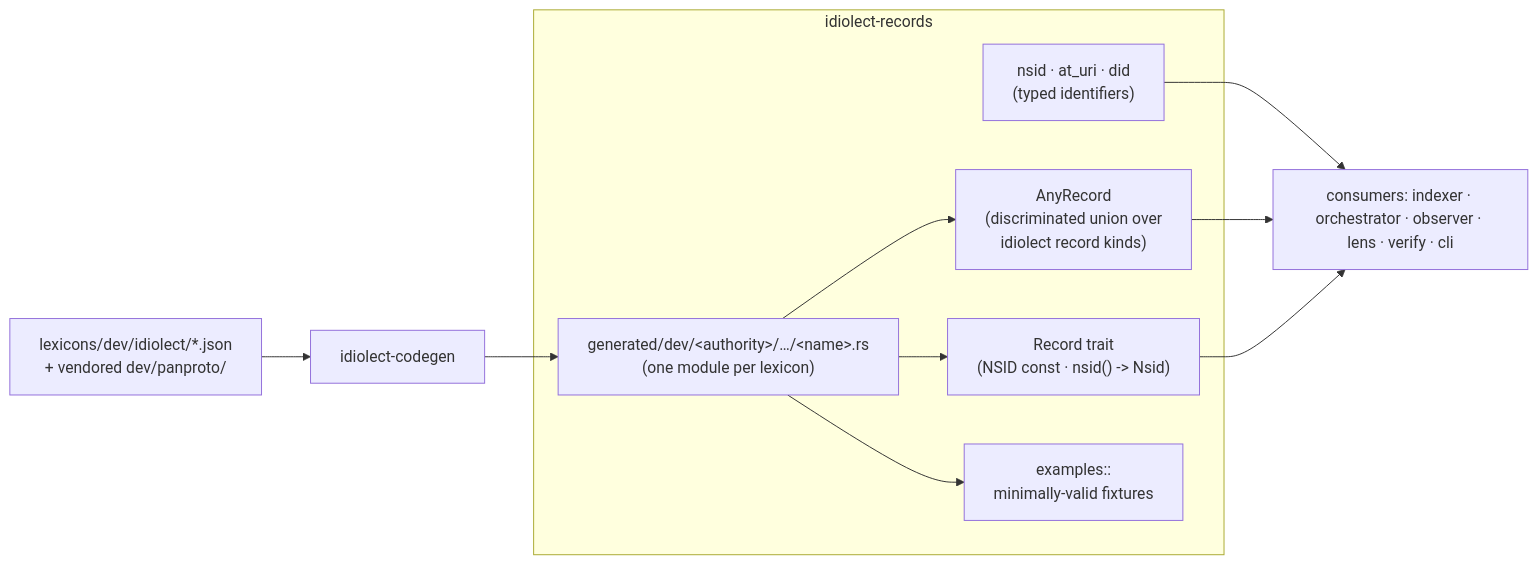
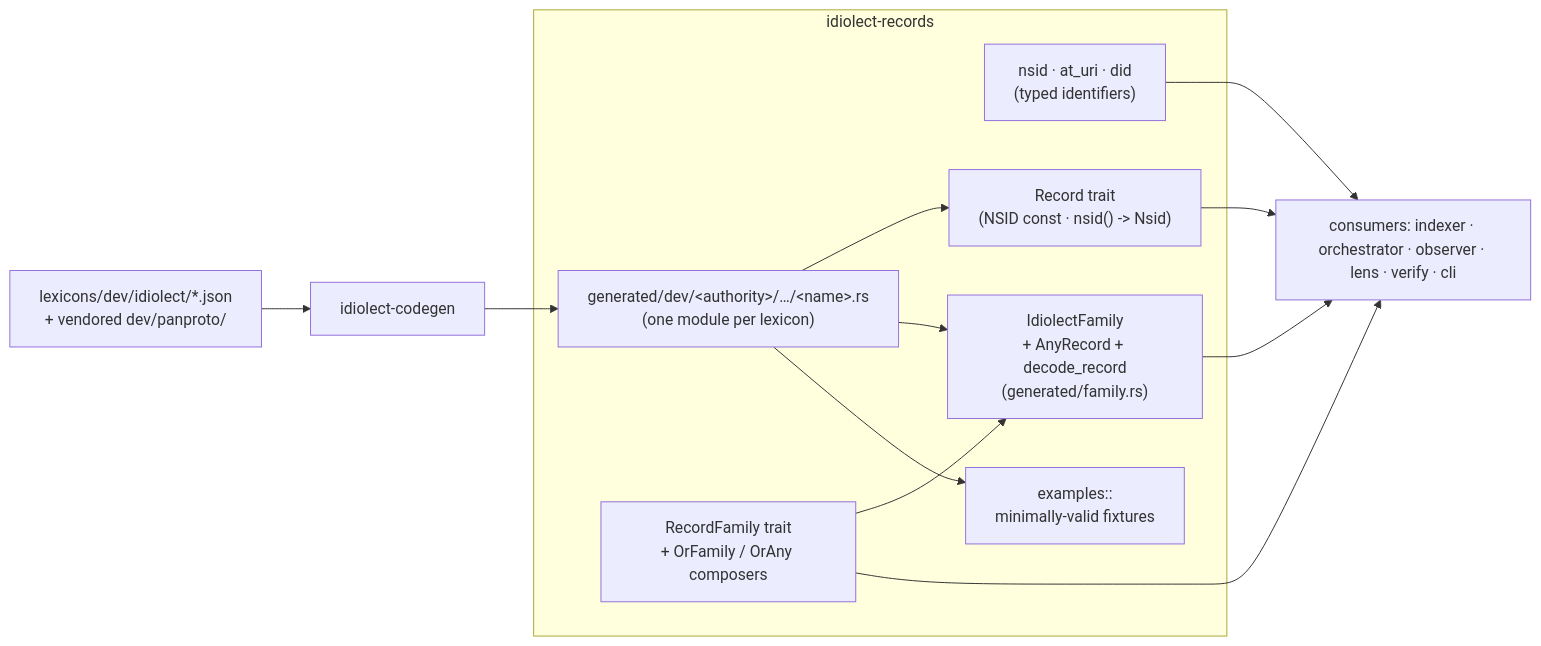
The diagram in crates/idiolect-records/README.md (idiolect-dev/idiolect), drawn with Mermaid before and after one commit. The commit also changed other lines of this file and 1 other file, not shown here.

First line of the commit message:
docs: refresh records + indexer READMEs for v0.5 family abstraction

````diff
--- a/crates/idiolect-records/README.md
+++ b/crates/idiolect-records/README.md
@@ -22,23 +22,26 @@
 ```mermaid
 flowchart LR
     LEX["lexicons/dev/idiolect/*.json<br/>+ vendored dev/panproto/"]
     CG["idiolect-codegen"]
 
     subgraph crate["idiolect-records"]
         TYPED["nsid · at_uri · did<br/>(typed identifiers)"]
         GEN["generated/dev/&lt;authority&gt;/…/&lt;name&gt;.rs<br/>(one module per lexicon)"]
-        ANY["AnyRecord<br/>(discriminated union over<br/>idiolect record kinds)"]
+        FAM["IdiolectFamily<br/>+ AnyRecord + decode_record<br/>(generated/family.rs)"]
         TRAIT["Record trait<br/>(NSID const · nsid() -> Nsid)"]
+        FAMTRAIT["RecordFamily trait<br/>+ OrFamily / OrAny composers"]
         EX["examples::<br/>minimally-valid fixtures"]
     end
 
     CONS["consumers: indexer · orchestrator · observer · lens · verify · cli"]
 
     LEX --> CG --> GEN
     GEN --> TRAIT
-    GEN --> ANY
+    GEN --> FAM
     GEN --> EX
+    FAMTRAIT --> FAM
     TYPED --> CONS
-    ANY --> CONS
+    FAM --> CONS
+    FAMTRAIT --> CONS
     TRAIT --> CONS
 ```
````
